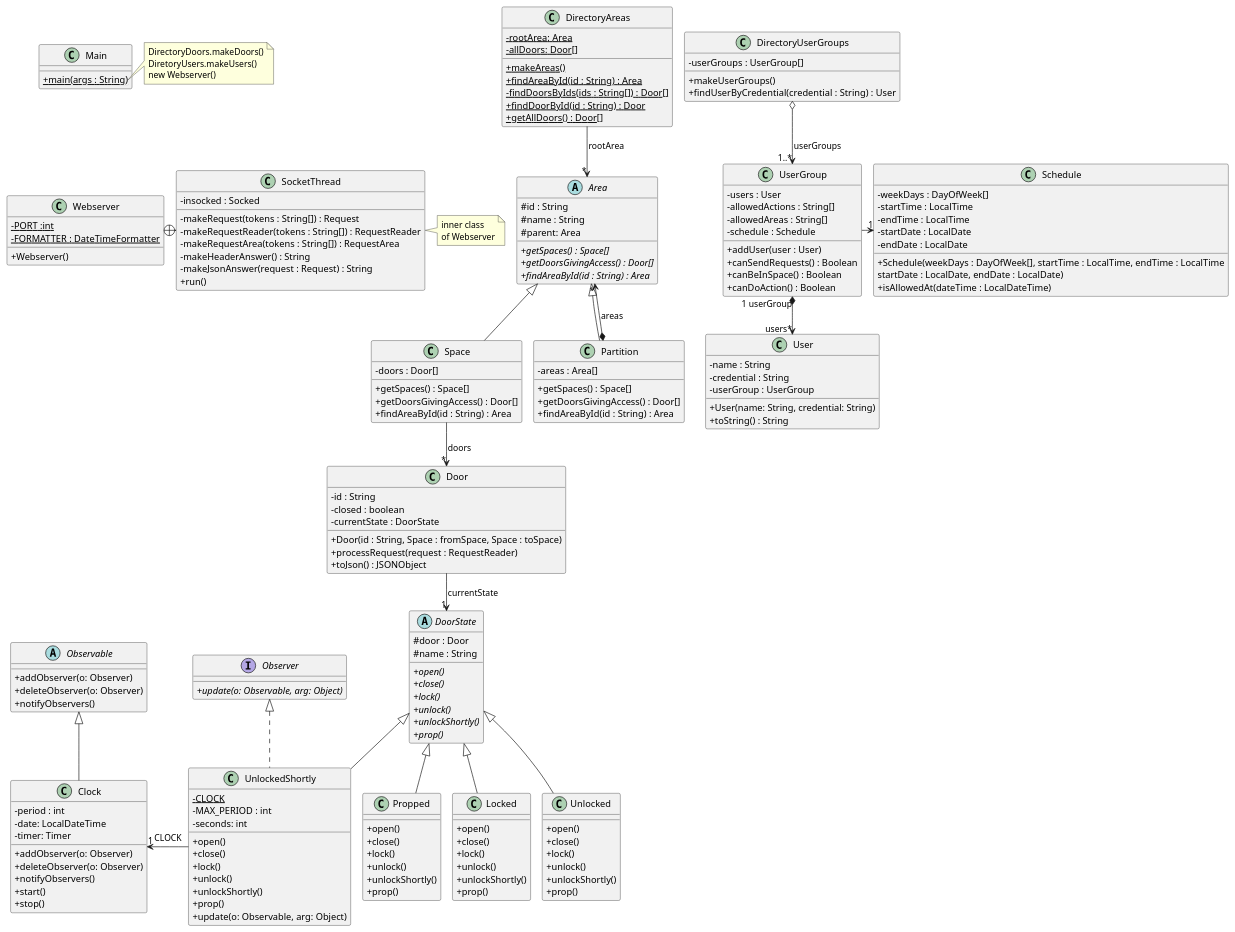
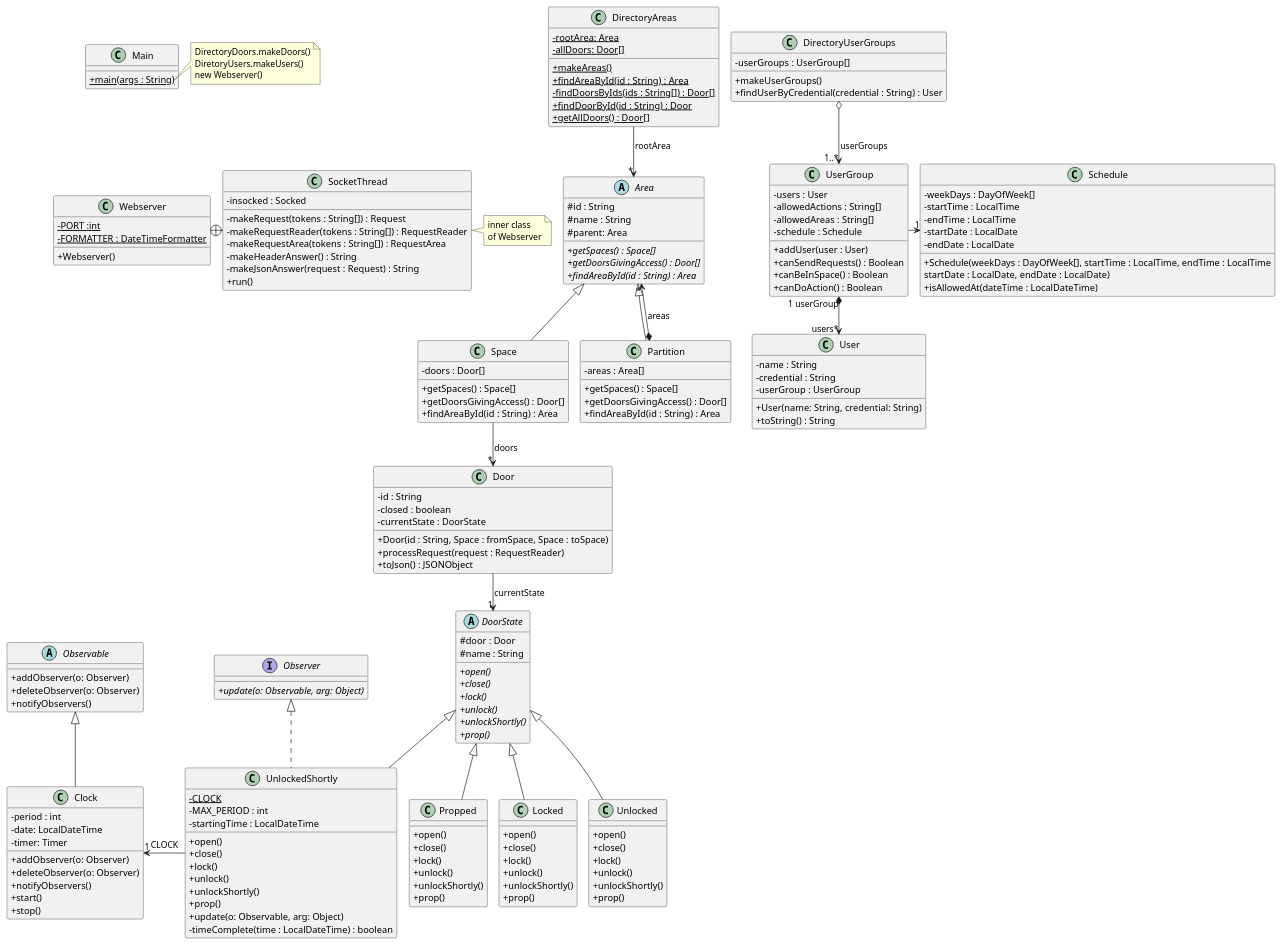
Before and after one commit to cantepoler/acs_uab: the diagram in src/baseNoStates/uml/base_no_states.puml, drawn with PlantUML. The commit also changed 2 other files, not shown here.

```diff
--- a/src/baseNoStates/uml/base_no_states.puml
+++ b/src/baseNoStates/uml/base_no_states.puml
@@ -137,7 +137,7 @@
 class UnlockedShortly extends DoorState implements Observer{
 {static}- CLOCK
 -MAX_PERIOD : int
--seconds: int
+-startingTime : LocalDateTime
 + open()
 + close()
 + lock()
@@ -145,6 +145,7 @@
 + unlockShortly()
 + prop()
 + update(o: Observable, arg: Object)
+-timeComplete(time : LocalDateTime) : boolean
 }
 
 class Propped extends DoorState{
```
